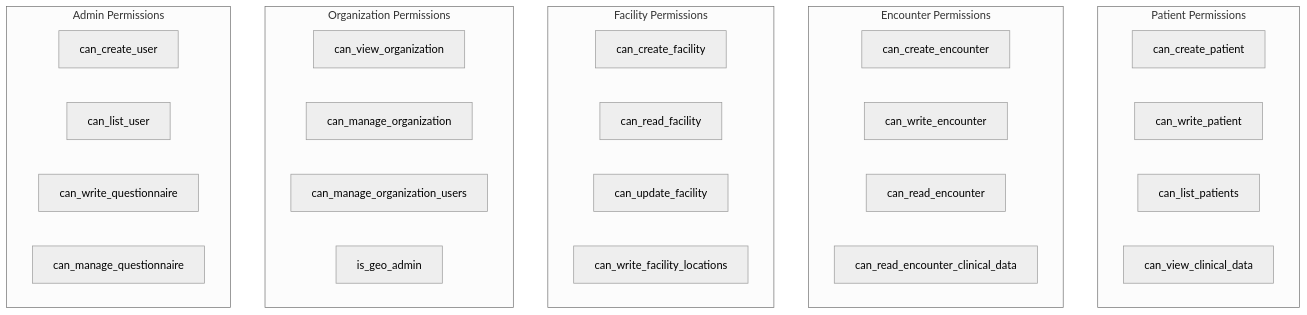
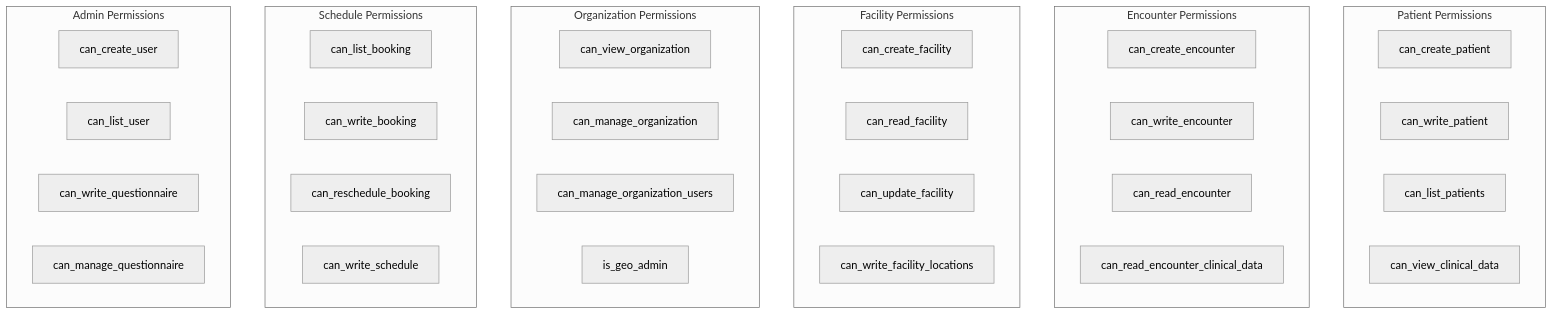
One commit to jagankumar-egov/care_fe changed diagram 22 of 23 in flowdiagram.md. Above: the diagram before and after it, drawn with Mermaid (neutral theme). The commit also changed other lines of this file and 2 other files, not shown here.

Commit message:
updated flow

````diff
--- a/flowdiagram.md
+++ b/flowdiagram.md
@@ -448,37 +876,44 @@
 ```mermaid
 flowchart TD
     subgraph PatientPerms["Patient Permissions"]
         P1[can_create_patient]
         P2[can_write_patient]
         P3[can_list_patients]
         P4[can_view_clinical_data]
     end
 
     subgraph EncounterPerms["Encounter Permissions"]
         E1[can_create_encounter]
         E2[can_write_encounter]
         E3[can_read_encounter]
         E4[can_read_encounter_clinical_data]
     end
 
     subgraph FacilityPerms["Facility Permissions"]
         F1[can_create_facility]
         F2[can_read_facility]
         F3[can_update_facility]
         F4[can_write_facility_locations]
     end
 
     subgraph OrgPerms["Organization Permissions"]
         O1[can_view_organization]
         O2[can_manage_organization]
         O3[can_manage_organization_users]
         O4[is_geo_admin]
     end
 
+    subgraph SchedulePerms["Schedule Permissions"]
+        S1[can_list_booking]
+        S2[can_write_booking]
+        S3[can_reschedule_booking]
+        S4[can_write_schedule]
+    end
+
     subgraph AdminPerms["Admin Permissions"]
         A1[can_create_user]
         A2[can_list_user]
         A3[can_write_questionnaire]
         A4[can_manage_questionnaire]
     end
 ```
````
